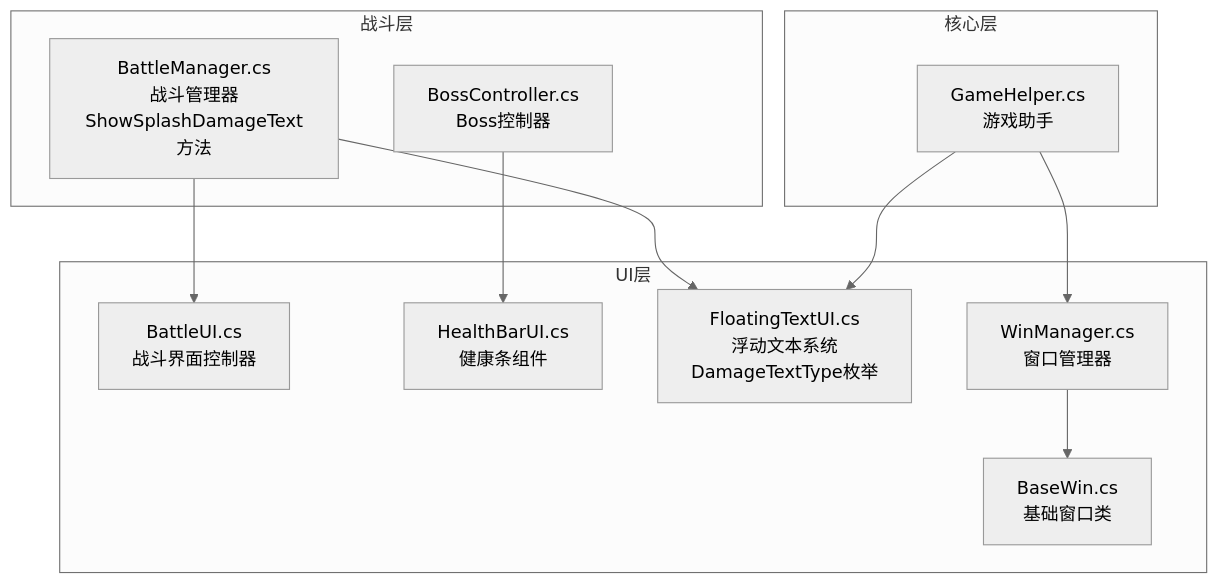
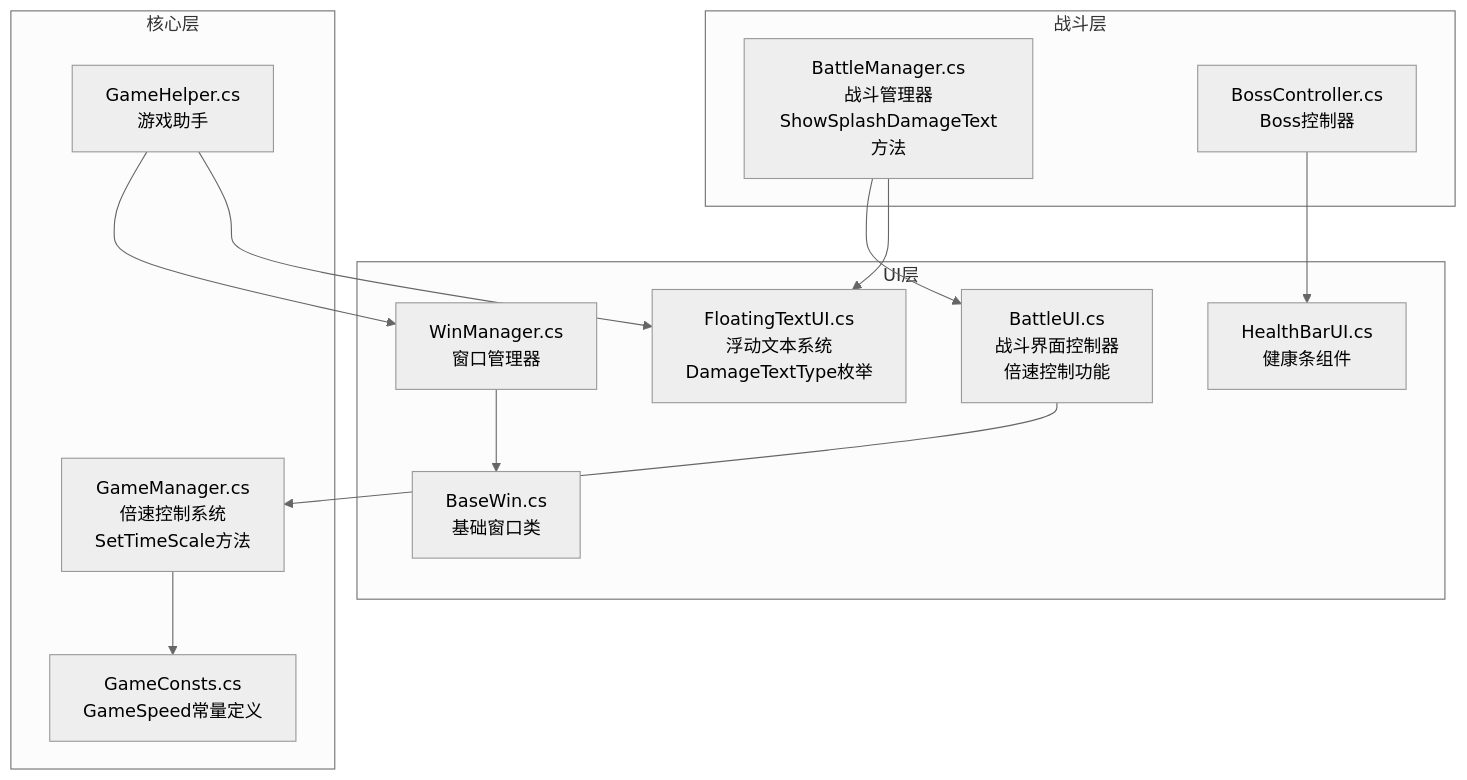
One commit to Tuusen/p1_client changed the first of 11 diagrams in .qoder/repowiki/zh/content/用户界面系统/战斗界面系统.md. Above: the diagram before and after it, drawn with Mermaid (neutral theme). The commit also changed other lines of this file and 21 other files, not shown here.

````diff
--- a/.qoder/repowiki/zh/content/用户界面系统/战斗界面系统.md
+++ b/.qoder/repowiki/zh/content/用户界面系统/战斗界面系统.md
@@ -46,23 +49,27 @@
 ```mermaid
 graph TB
 subgraph "UI层"
-BattleUI[BattleUI.cs<br/>战斗界面控制器]
+BattleUI[BattleUI.cs<br/>战斗界面控制器<br/>倍速控制功能]
 HealthBarUI[HealthBarUI.cs<br/>健康条组件]
 FloatingTextUI[FloatingTextUI.cs<br/>浮动文本系统<br/>DamageTextType枚举]
 WinManager[WinManager.cs<br/>窗口管理器]
 BaseWin[BaseWin.cs<br/>基础窗口类]
 end
 subgraph "战斗层"
 BattleManager[BattleManager.cs<br/>战斗管理器<br/>ShowSplashDamageText方法]
 BossController[BossController.cs<br/>Boss控制器]
 end
 subgraph "核心层"
 GameHelper[GameHelper.cs<br/>游戏助手]
+GameManager[GameManager.cs<br/>倍速控制系统<br/>SetTimeScale方法]
+GameConsts[GameConsts.cs<br/>GameSpeed常量定义]
 end
 BattleManager --> BattleUI
 BattleManager --> FloatingTextUI
 BossController --> HealthBarUI
 WinManager --> BaseWin
 GameHelper --> WinManager
 GameHelper --> FloatingTextUI
+GameManager --> GameConsts
+BattleUI --> GameManager
 ```
````
